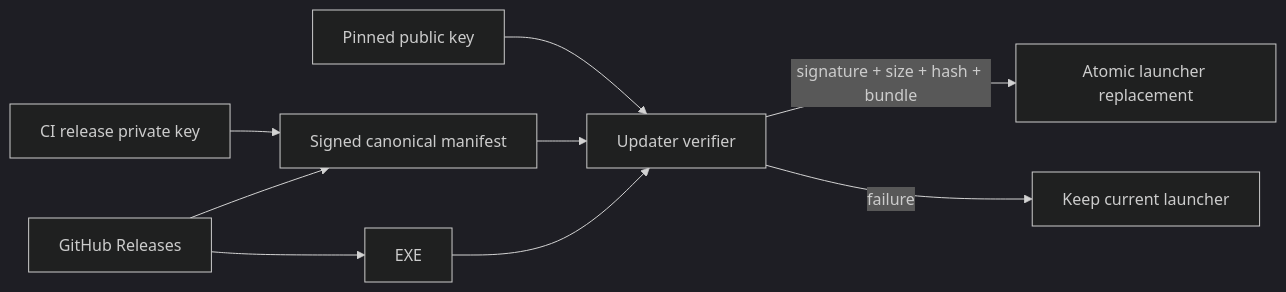
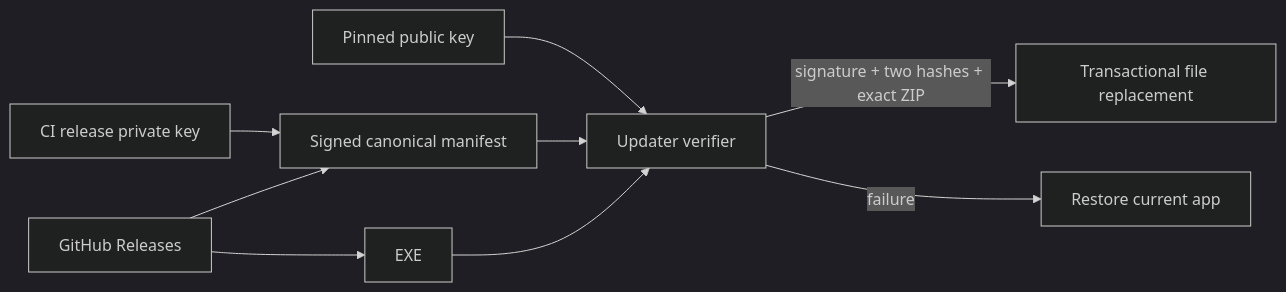
Before and after one commit to Arderos/msfs24-landing-stats: the third of 3 diagrams in security/hardening/2026-08-05-distribution/proposals/release-authenticity.md, drawn with Mermaid (dark theme). The commit also changed other lines of this file and 20 other files, not shown here.

````diff
--- a/security/hardening/2026-08-05-distribution/proposals/release-authenticity.md
+++ b/security/hardening/2026-08-05-distribution/proposals/release-authenticity.md
@@ -66,11 +66,11 @@
 ```mermaid
 flowchart LR
   K["CI release private key"] --> M["Signed canonical manifest"]
   G["GitHub Releases"] --> M
   G --> E["EXE"]
   P["Pinned public key"] --> U["Updater verifier"]
   M --> U
   E --> U
-  U -->|"signature + size + hash + bundle"| L["Atomic launcher replacement"]
-  U -->|"failure"| X["Keep current launcher"]
+  U -->|"signature + two hashes + exact ZIP"| L["Transactional file replacement"]
+  U -->|"failure"| X["Restore current app"]
 ```
````
